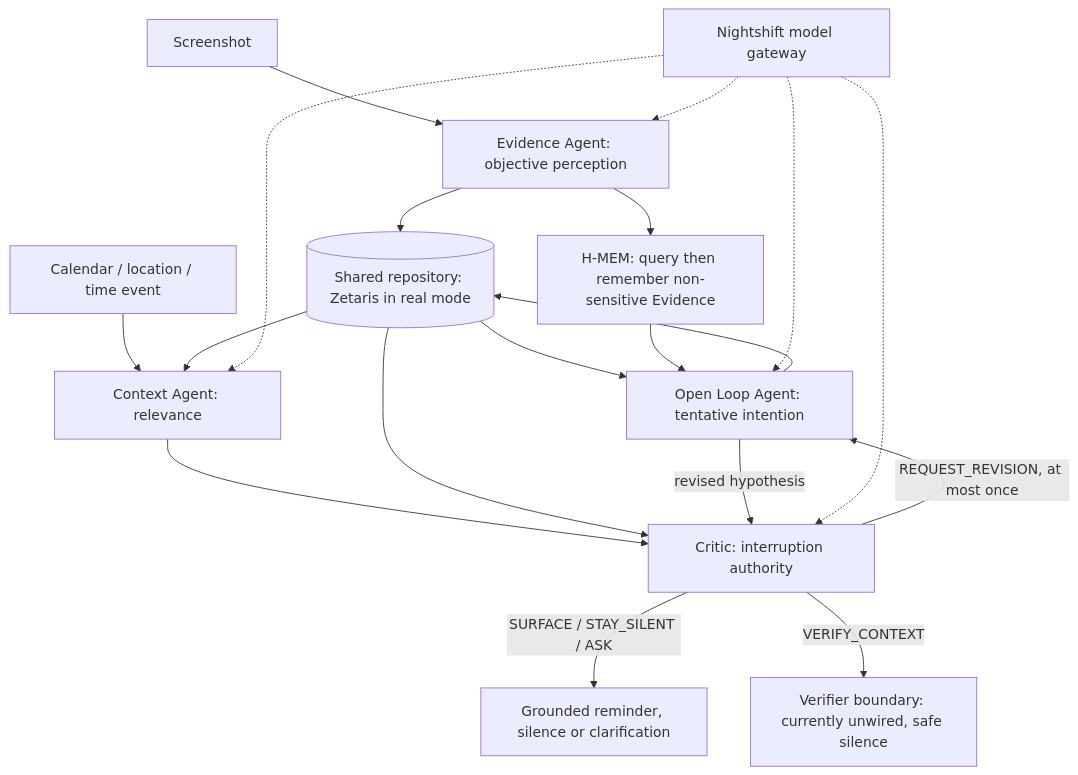
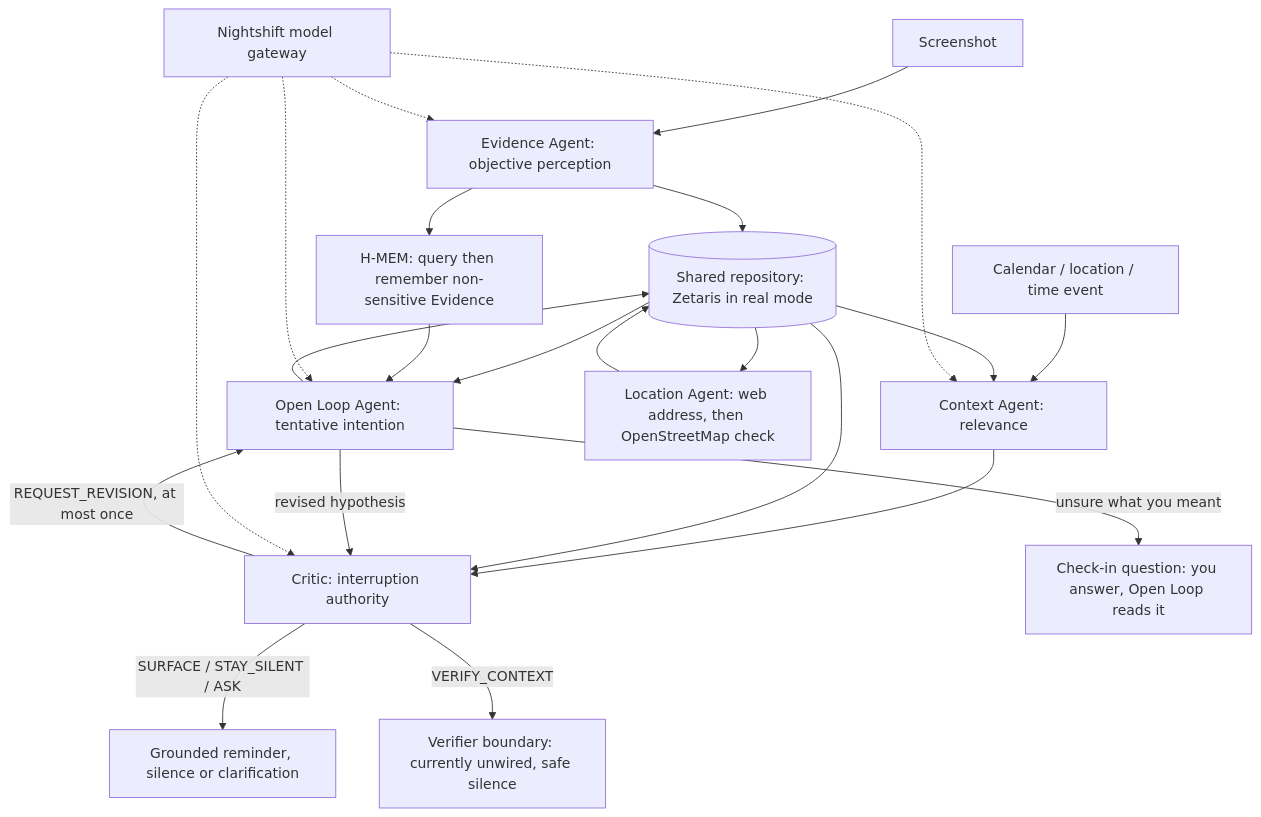
The diagram in README.md (daffa-athallah/pingo), drawn with Mermaid before and after one commit. The commit also changed other lines of this file and 3 other files, not shown here.

````diff
--- a/README.md
+++ b/README.md
@@ -101,21 +101,24 @@
 ```mermaid
 flowchart TD
     S[Screenshot] --> E[Evidence Agent: objective perception]
     E --> R[(Shared repository: Zetaris in real mode)]
     E --> M[H-MEM: query then remember non-sensitive Evidence]
     R --> O[Open Loop Agent: tentative intention]
     M --> O
     O --> R
     C[Calendar / location / time event] --> X[Context Agent: relevance]
     R --> X
     X --> K[Critic: interruption authority]
     R --> K
     K -->|REQUEST_REVISION, at most once| O
     O -->|revised hypothesis| K
     K -->|SURFACE / STAY_SILENT / ASK| OUT[Grounded reminder, silence or clarification]
     K -->|VERIFY_CONTEXT| V[Verifier boundary: currently unwired, safe silence]
+    O -->|unsure what you meant| Q[Check-in question: you answer, Open Loop reads it]
+    R --> L[Location Agent: web address, then OpenStreetMap check]
+    L --> R
     G[Nightshift model gateway] -.-> E
     G -.-> O
     G -.-> X
     G -.-> K
 ```
````
